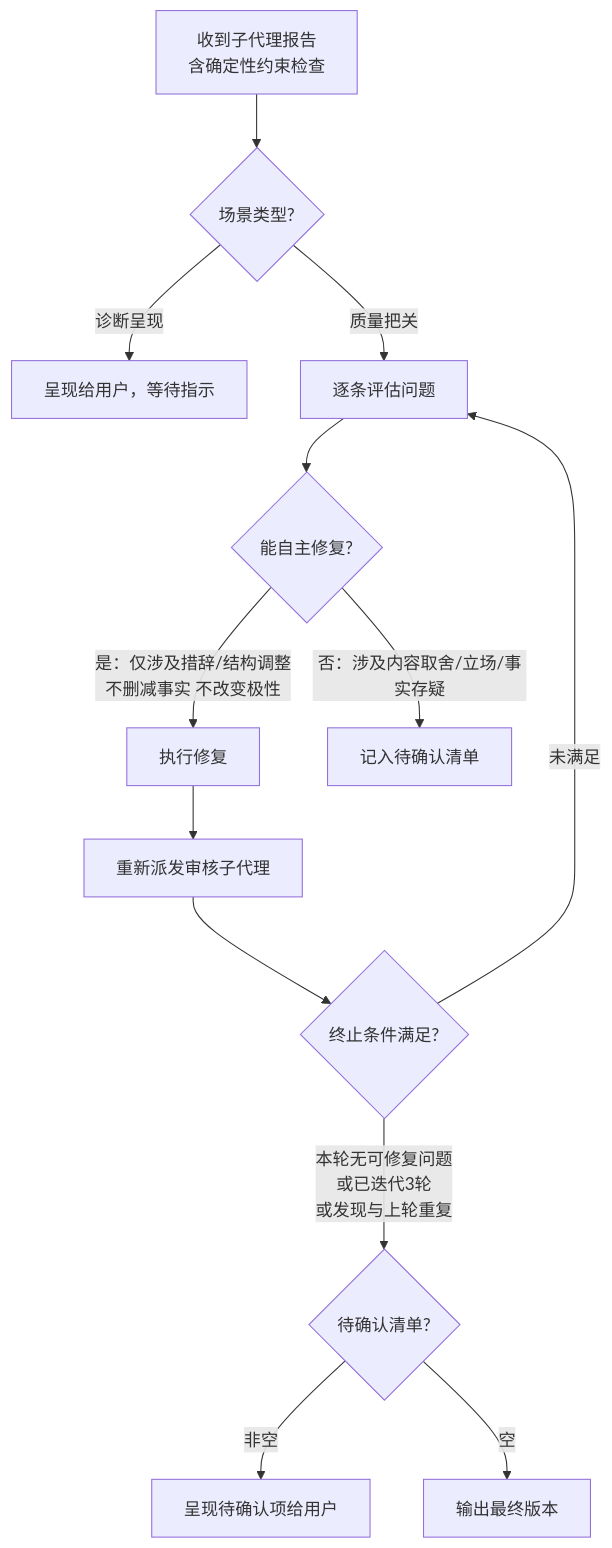
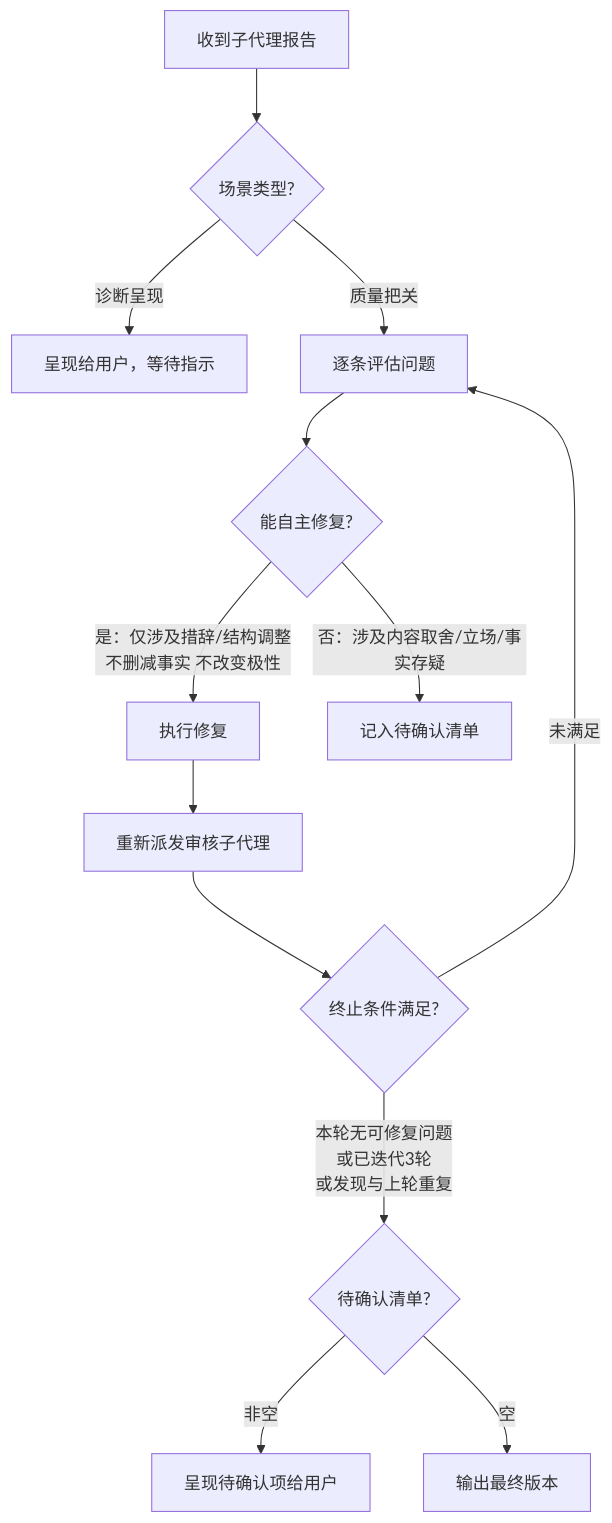
The diagram in skills/human-media-writer/references/reviewer-workflow.md (AllynYonge/yonge-agent-toolset), drawn with Mermaid before and after one commit. The commit also changed other lines of this file and 7 other files, not shown here.

````diff
--- a/skills/human-media-writer/references/reviewer-workflow.md
+++ b/skills/human-media-writer/references/reviewer-workflow.md
@@ -205,15 +141,15 @@
 ```mermaid
 flowchart TD
-    A[收到子代理报告<br/>含确定性约束检查] --> B{场景类型?}
+    A[收到子代理报告] --> B{场景类型?}
     B -->|诊断呈现| C[呈现给用户，等待指示]
     B -->|质量把关| D[逐条评估问题]
     D --> E{能自主修复?}
     E -->|是：仅涉及措辞/结构调整<br>不删减事实 不改变极性| F[执行修复]
     E -->|否：涉及内容取舍/立场/事实存疑| G[记入待确认清单]
     F --> H[重新派发审核子代理]
     H --> I{终止条件满足?}
     I -->|本轮无可修复问题<br>或已迭代3轮<br>或发现与上轮重复| J{待确认清单?}
     I -->|未满足| D
     J -->|非空| K[呈现待确认项给用户]
     J -->|空| L[输出最终版本]
 ```
````
